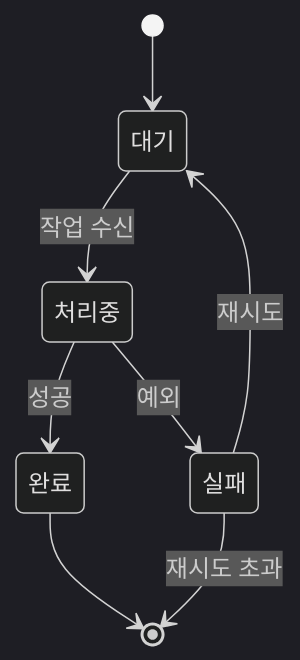
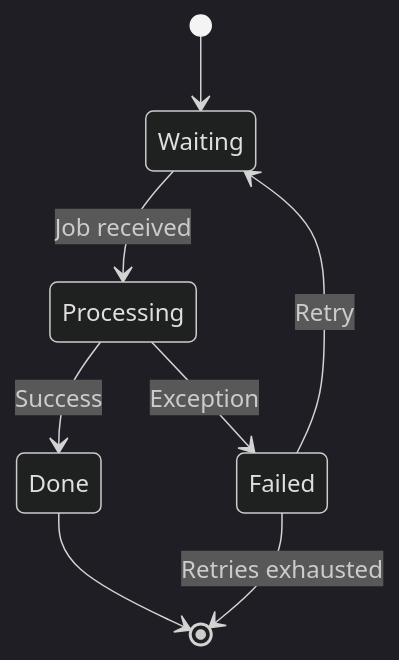
The third of 5 diagrams in content/docs/writing/mermaid.md (jeonck/toolian), drawn with Mermaid (dark theme) before and after one commit. The commit also changed other lines of this file and 62 other files, not shown here.

````diff
--- a/content/docs/writing/mermaid.md
+++ b/content/docs/writing/mermaid.md
@@ -111,10 +111,10 @@
 ```mermaid
 stateDiagram-v2
-    [*] --> 대기
-    대기 --> 처리중: 작업 수신
-    처리중 --> 완료: 성공
-    처리중 --> 실패: 예외
-    실패 --> 대기: 재시도
-    실패 --> [*]: 재시도 초과
-    완료 --> [*]
+    [*] --> Waiting
+    Waiting --> Processing: Job received
+    Processing --> Done: Success
+    Processing --> Failed: Exception
+    Failed --> Waiting: Retry
+    Failed --> [*]: Retries exhausted
+    Done --> [*]
 ```
````
